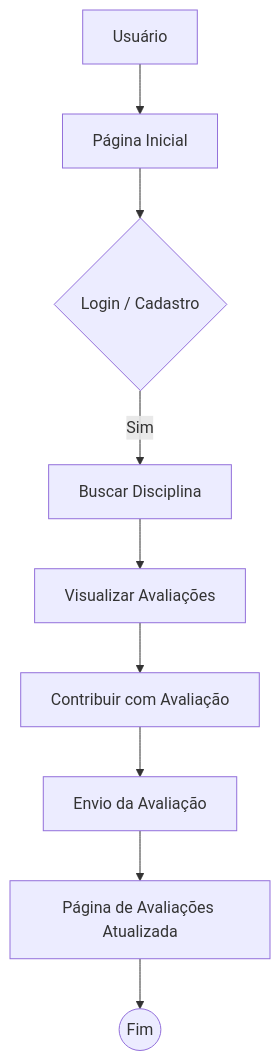
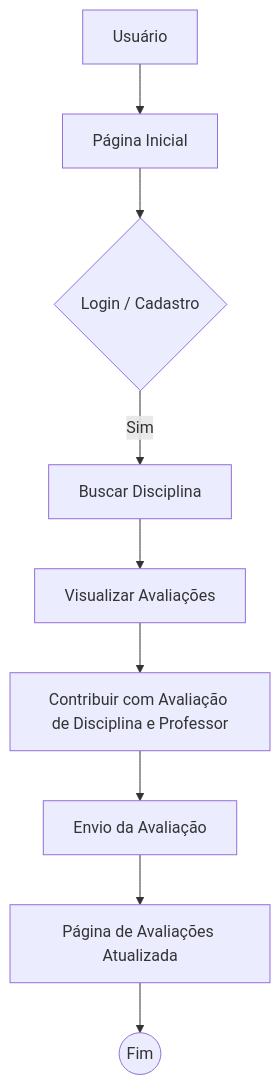
One commit to brsg05/unihub changed the second of 3 diagrams in docs/techinical_documentation.md. Above: the diagram before and after it, drawn with Mermaid. The commit also changed other lines of this file, not shown here.

Commit message:
add pitch link and edit user flow

````diff
--- a/docs/techinical_documentation.md
+++ b/docs/techinical_documentation.md
@@ -88,11 +88,11 @@
 ```mermaid
         graph TD
             A[Usuário] --> B["Página Inicial"]
             B --> C{"Login / Cadastro"}
             C -- Sim --> D["Buscar Disciplina"]
             D --> E["Visualizar Avaliações"]
-            E --> F["Contribuir com Avaliação"]
+            E --> F["Contribuir com Avaliação de Disciplina e Professor"]
             F --> G["Envio da Avaliação"]
             G --> H["Página de Avaliações Atualizada"]
             H --> I((Fim))
 ```
````
